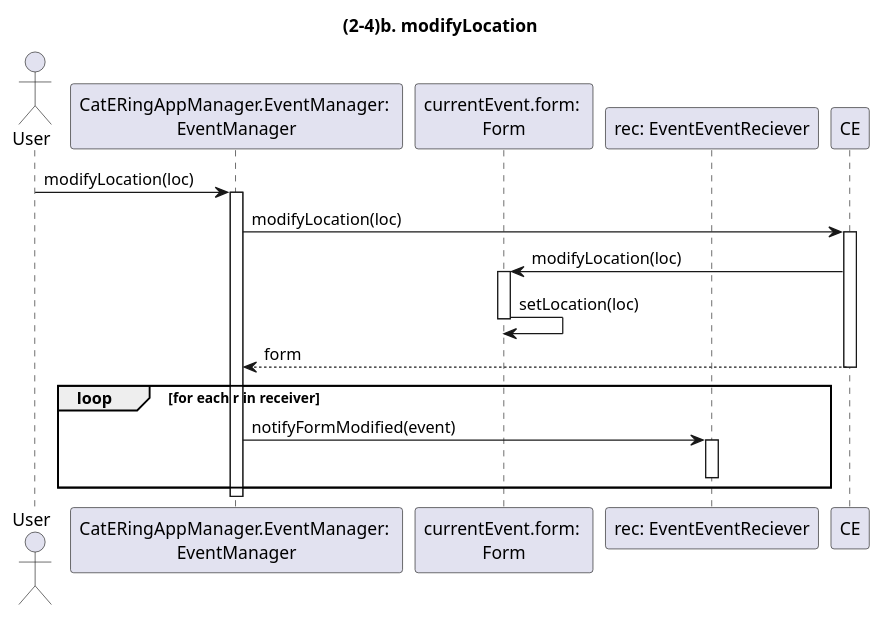
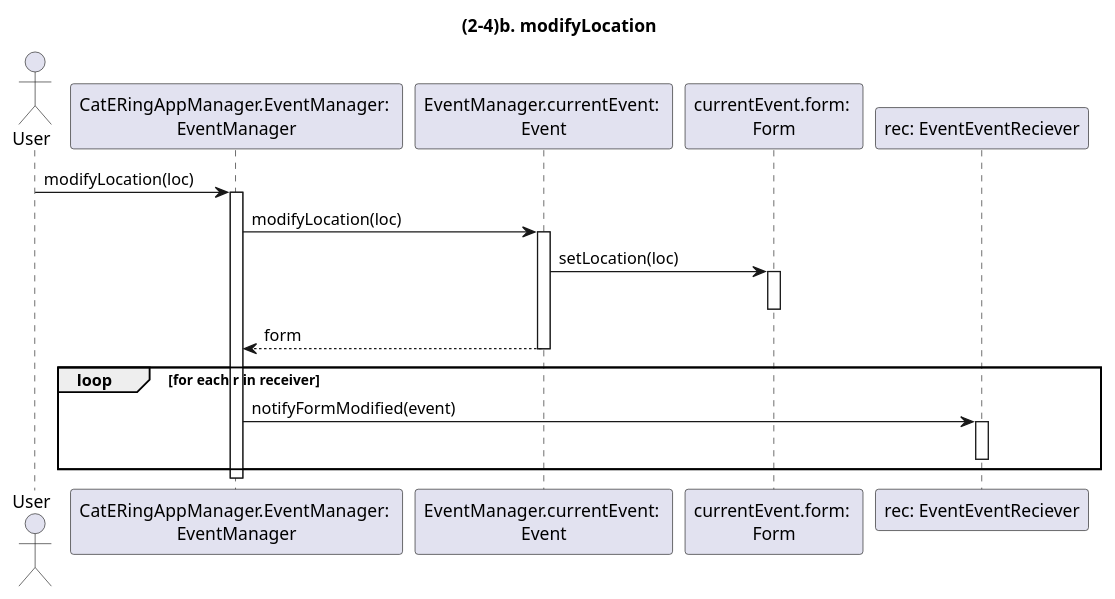
The diagram in dsd/dsd-eventi/estensioniEcc/924b-modifyLocation.md (m0canu1/sas), drawn with PlantUML before and after one commit. The commit also changed 7 other files, not shown here.

````diff
--- a/dsd/dsd-eventi/estensioniEcc/924b-modifyLocation.md
+++ b/dsd/dsd-eventi/estensioniEcc/924b-modifyLocation.md
@@ -1,31 +1,31 @@
 ```plantuml
 
 title: (2-4)b. modifyLocation
 
 Actor User
 Participant "CatERingAppManager.EventManager: \nEventManager" as EM
+Participant "EventManager.currentEvent: \nEvent" as CE
 Participant "currentEvent.form: \nForm" as FM
 Participant "rec: EventEventReciever" as EER
 
 User -> EM: modifyLocation(loc)
 Activate EM
 
 EM -> CE: modifyLocation(loc)
 Activate CE
-CE -> FM: modifyLocation(loc)
+CE -> FM: setLocation(loc)
 Activate FM
-FM -> FM: setLocation(loc)
 Deactivate FM
 CE --> EM: form
 Deactivate CE
 
 loop for each r in receiver
     EM -> EER: notifyFormModified(event)
     Activate EER
     Deactivate EER
 end
 
 Deactivate EM
 
 
 ```
````
